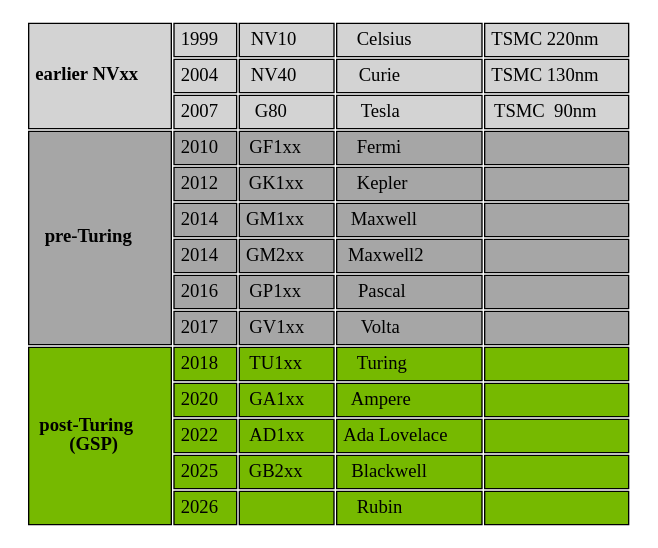
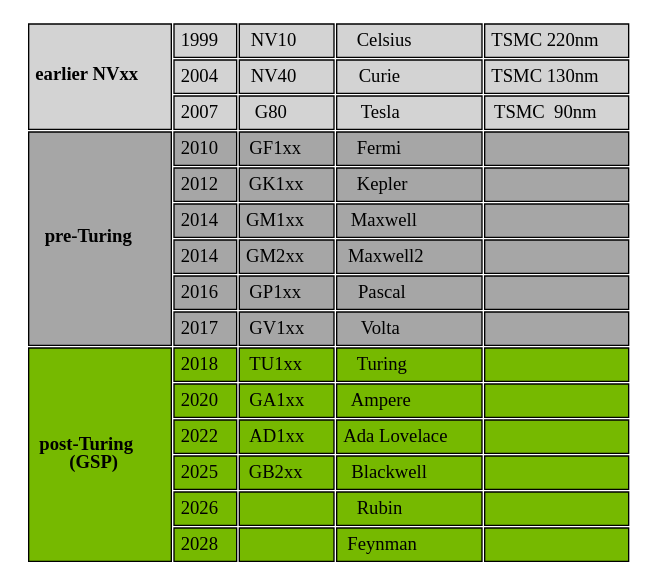
Before and after one commit to lucmann/lucmann.github.io: the diagram in source/images/nouveau/nvidia-gpu-generation.dot, drawn with Graphviz. The commit also changed 1 other file, not shown here.

Commit message:
linux: nouveau: look forward to Feynman GPU

```diff
--- a/source/images/nouveau/nvidia-gpu-generation.dot
+++ b/source/images/nouveau/nvidia-gpu-generation.dot
@@ -1,23 +1,24 @@
 digraph nvidia_gpus {
     rankdir=TB;
     node [shape=plaintext]
     
     gpus [label=<
         <table BORDER="0" CELLBORDER="1" CELLSPACING="2" CELLPADDING="4">
             <tr><td ROWSPAN="3" BGCOLOR="#d3d3d3"><b>earlier NVxx</b></td>          <td BGCOLOR="#d3d3d3">1999</td><td BGCOLOR="#d3d3d3">NV10   </td><td BGCOLOR="#d3d3d3">Celsius      </td><td BGCOLOR="#d3d3d3">TSMC 220nm</td></tr>
             <tr>                                                                    <td BGCOLOR="#d3d3d3">2004</td><td BGCOLOR="#d3d3d3">NV40   </td><td BGCOLOR="#d3d3d3">Curie        </td><td BGCOLOR="#d3d3d3">TSMC 130nm</td></tr>
             <tr>                                                                    <td BGCOLOR="#d3d3d3">2007</td><td BGCOLOR="#d3d3d3">G80    </td><td BGCOLOR="#d3d3d3">Tesla        </td><td BGCOLOR="#d3d3d3">TSMC  90nm</td></tr>
             <tr><td ROWSPAN="6" BGCOLOR="#a6a6a6"><b>pre-Turing</b></td>            <td BGCOLOR="#a6a6a6">2010</td><td BGCOLOR="#a6a6a6">GF1xx  </td><td BGCOLOR="#a6a6a6">Fermi        </td><td BGCOLOR="#a6a6a6">          </td></tr>
             <tr>                                                                    <td BGCOLOR="#a6a6a6">2012</td><td BGCOLOR="#a6a6a6">GK1xx  </td><td BGCOLOR="#a6a6a6">Kepler       </td><td BGCOLOR="#a6a6a6">          </td></tr>
             <tr>                                                                    <td BGCOLOR="#a6a6a6">2014</td><td BGCOLOR="#a6a6a6">GM1xx  </td><td BGCOLOR="#a6a6a6">Maxwell      </td><td BGCOLOR="#a6a6a6">          </td></tr>
             <tr>                                                                    <td BGCOLOR="#a6a6a6">2014</td><td BGCOLOR="#a6a6a6">GM2xx  </td><td BGCOLOR="#a6a6a6">Maxwell2     </td><td BGCOLOR="#a6a6a6">          </td></tr>
             <tr>                                                                    <td BGCOLOR="#a6a6a6">2016</td><td BGCOLOR="#a6a6a6">GP1xx  </td><td BGCOLOR="#a6a6a6">Pascal       </td><td BGCOLOR="#a6a6a6">          </td></tr>
             <tr>                                                                    <td BGCOLOR="#a6a6a6">2017</td><td BGCOLOR="#a6a6a6">GV1xx  </td><td BGCOLOR="#a6a6a6">Volta        </td><td BGCOLOR="#a6a6a6">          </td></tr>
-            <tr><td ROWSPAN="5" BGCOLOR="#76b900"><b>post-Turing<br/>(GSP)</b></td> <td BGCOLOR="#76b900">2018</td><td BGCOLOR="#76b900">TU1xx  </td><td BGCOLOR="#76b900">Turing       </td><td BGCOLOR="#76b900">          </td></tr>
+            <tr><td ROWSPAN="6" BGCOLOR="#76b900"><b>post-Turing<br/>(GSP)</b></td> <td BGCOLOR="#76b900">2018</td><td BGCOLOR="#76b900">TU1xx  </td><td BGCOLOR="#76b900">Turing       </td><td BGCOLOR="#76b900">          </td></tr>
             <tr>                                                                    <td BGCOLOR="#76b900">2020</td><td BGCOLOR="#76b900">GA1xx  </td><td BGCOLOR="#76b900">Ampere       </td><td BGCOLOR="#76b900">          </td></tr>
             <tr>                                                                    <td BGCOLOR="#76b900">2022</td><td BGCOLOR="#76b900">AD1xx  </td><td BGCOLOR="#76b900">Ada Lovelace </td><td BGCOLOR="#76b900">          </td></tr>
             <tr>                                                                    <td BGCOLOR="#76b900">2025</td><td BGCOLOR="#76b900">GB2xx  </td><td BGCOLOR="#76b900">Blackwell    </td><td BGCOLOR="#76b900">          </td></tr>
             <tr>                                                                    <td BGCOLOR="#76b900">2026</td><td BGCOLOR="#76b900">       </td><td BGCOLOR="#76b900">Rubin        </td><td BGCOLOR="#76b900">          </td></tr>
+            <tr>                                                                    <td BGCOLOR="#76b900">2028</td><td BGCOLOR="#76b900">       </td><td BGCOLOR="#76b900">Feynman      </td><td BGCOLOR="#76b900">          </td></tr>
         </table>
     >]
 }
```
